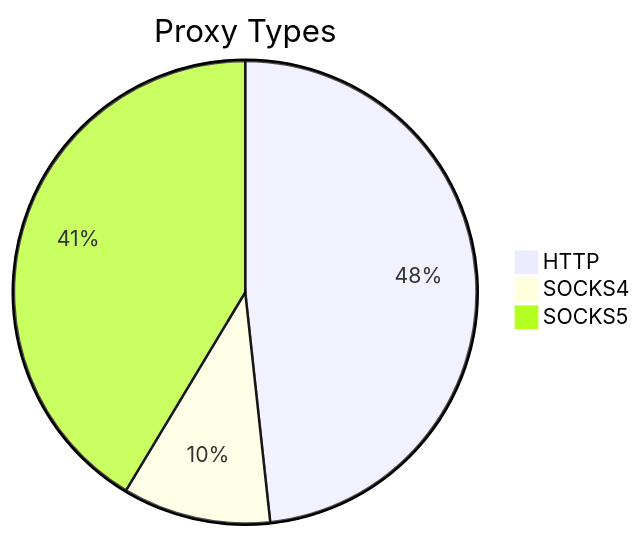
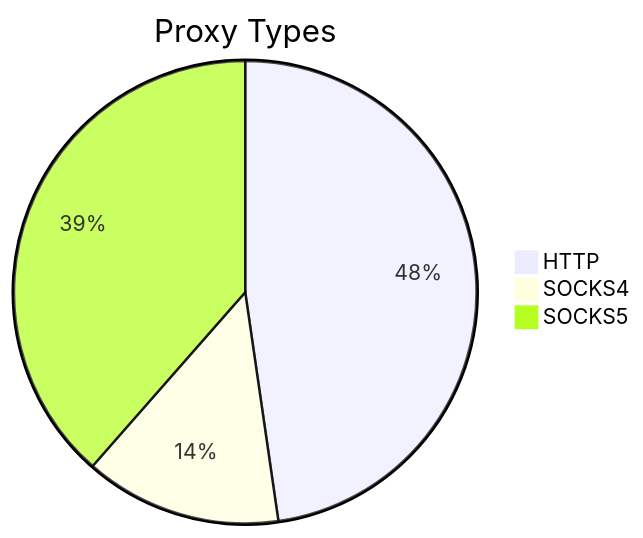
One commit to stormsia/proxy-list changed the first of 2 diagrams in README.md. Above: the diagram before and after it, drawn with Mermaid. The commit also changed other lines of this file, not shown here.

````diff
--- a/README.md
+++ b/README.md
@@ -21,6 +21,6 @@
 ```mermaid
 pie title Proxy Types
-    "HTTP" : 98
-    "SOCKS4" : 21
-    "SOCKS5" : 84
+    "HTTP" : 156
+    "SOCKS4" : 45
+    "SOCKS5" : 126
 ```
````
